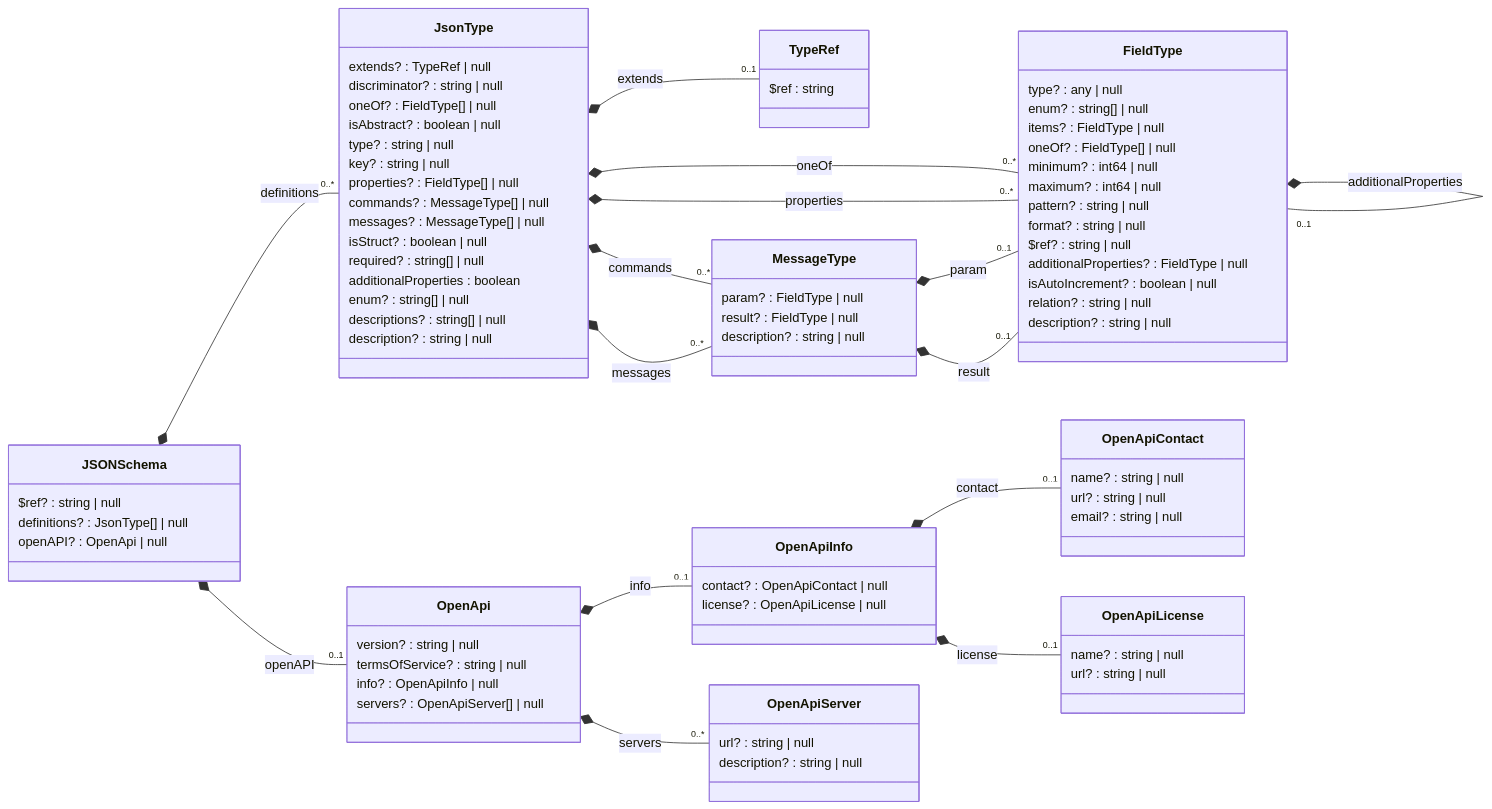
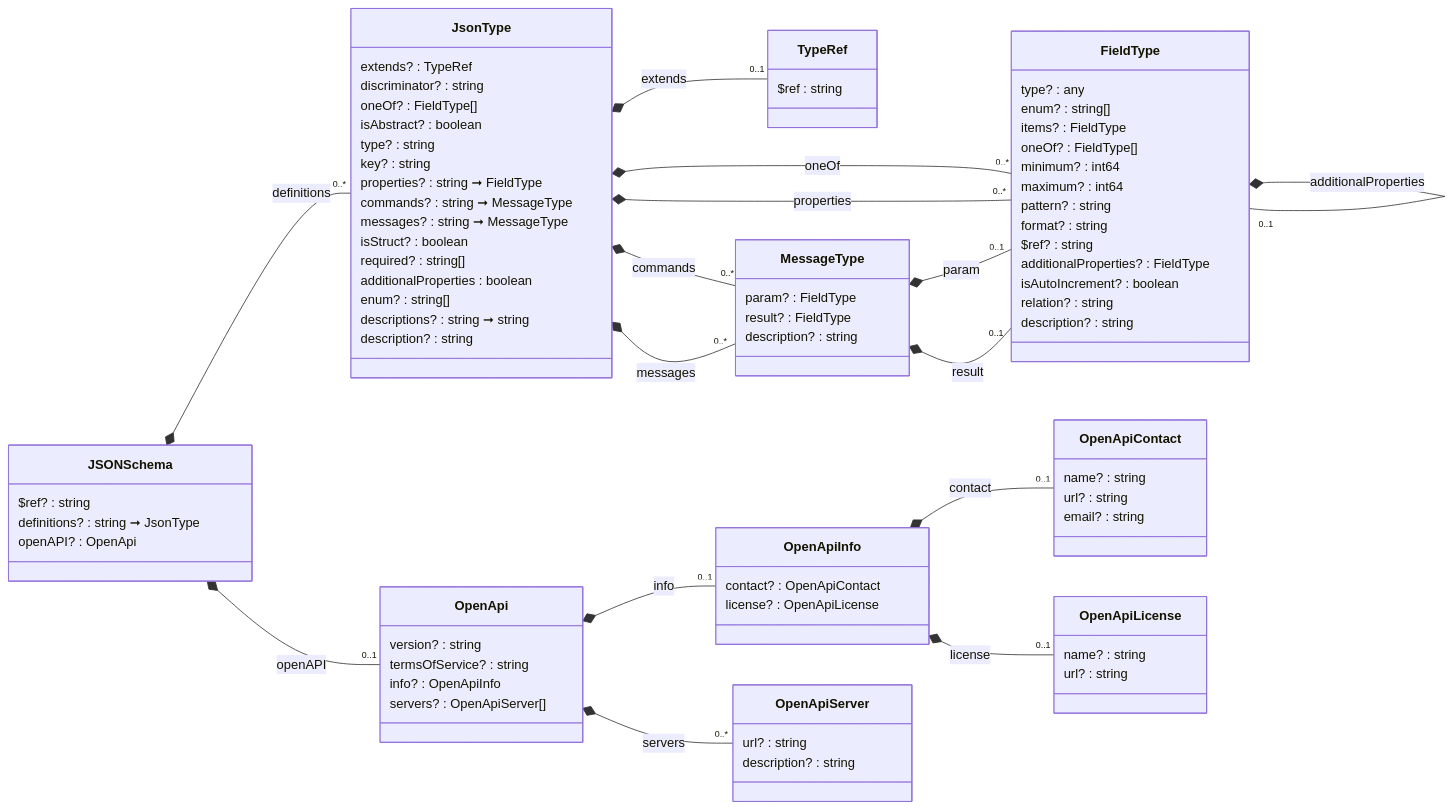
One commit to friflo/Friflo.Json.Fliox changed the diagram in Json.Tests/assets~/Schema/Markdown/JSONSchema/class-diagram.md. Above: the diagram before and after it, drawn with Mermaid. The commit also changed 8 other files, not shown here.

Commit message:
Schema/Language/Mermaid - change format of maps (Dictionaries) and optional fields

```diff
--- a/Json.Tests/assets~/Schema/Markdown/JSONSchema/class-diagram.md
+++ b/Json.Tests/assets~/Schema/Markdown/JSONSchema/class-diagram.md
@@ -3,29 +3,29 @@
 direction LR
 
 class JSONSchema {
-    $ref?        : string | null
-    definitions? : JsonType[] | null
-    openAPI?     : OpenApi | null
+    $ref?        : string
+    definitions? : string ➞ JsonType
+    openAPI?     : OpenApi
 }
 JSONSchema *-- "0..*" JsonType : definitions
 JSONSchema *-- "0..1" OpenApi : openAPI
 
 class JsonType {
-    extends?              : TypeRef | null
-    discriminator?        : string | null
-    oneOf?                : FieldType[] | null
-    isAbstract?           : boolean | null
-    type?                 : string | null
-    key?                  : string | null
-    properties?           : FieldType[] | null
-    commands?             : MessageType[] | null
-    messages?             : MessageType[] | null
-    isStruct?             : boolean | null
-    required?             : string[] | null
+    extends?              : TypeRef
+    discriminator?        : string
+    oneOf?                : FieldType[]
+    isAbstract?           : boolean
+    type?                 : string
+    key?                  : string
+    properties?           : string ➞ FieldType
+    commands?             : string ➞ MessageType
+    messages?             : string ➞ MessageType
+    isStruct?             : boolean
+    required?             : string[]
     additionalProperties  : boolean
-    enum?                 : string[] | null
-    descriptions?         : string[] | null
-    description?          : string | null
+    enum?                 : string[]
+    descriptions?         : string ➞ string
+    description?          : string
 }
 JsonType *-- "0..1" TypeRef : extends
 JsonType *-- "0..*" FieldType : oneOf
@@ -38,62 +38,62 @@
 }
 
 class FieldType {
-    type?                 : any | null
-    enum?                 : string[] | null
-    items?                : FieldType | null
-    oneOf?                : FieldType[] | null
-    minimum?              : int64 | null
-    maximum?              : int64 | null
-    pattern?              : string | null
-    format?               : string | null
-    $ref?                 : string | null
-    additionalProperties? : FieldType | null
-    isAutoIncrement?      : boolean | null
-    relation?             : string | null
-    description?          : string | null
+    type?                 : any
+    enum?                 : string[]
+    items?                : FieldType
+    oneOf?                : FieldType[]
+    minimum?              : int64
+    maximum?              : int64
+    pattern?              : string
+    format?               : string
+    $ref?                 : string
+    additionalProperties? : FieldType
+    isAutoIncrement?      : boolean
+    relation?             : string
+    description?          : string
 }
 FieldType *-- "0..1" FieldType : items
 FieldType *-- "0..*" FieldType : oneOf
 FieldType *-- "0..1" FieldType : additionalProperties
 
 class MessageType {
-    param?       : FieldType | null
-    result?      : FieldType | null
-    description? : string | null
+    param?       : FieldType
+    result?      : FieldType
+    description? : string
 }
 MessageType *-- "0..1" FieldType : param
 MessageType *-- "0..1" FieldType : result
 
 class OpenApi {
-    version?        : string | null
-    termsOfService? : string | null
-    info?           : OpenApiInfo | null
-    servers?        : OpenApiServer[] | null
+    version?        : string
+    termsOfService? : string
+    info?           : OpenApiInfo
+    servers?        : OpenApiServer[]
 }
 OpenApi *-- "0..1" OpenApiInfo : info
 OpenApi *-- "0..*" OpenApiServer : servers
 
 class OpenApiInfo {
-    contact? : OpenApiContact | null
-    license? : OpenApiLicense | null
+    contact? : OpenApiContact
+    license? : OpenApiLicense
 }
 OpenApiInfo *-- "0..1" OpenApiContact : contact
 OpenApiInfo *-- "0..1" OpenApiLicense : license
 
 class OpenApiContact {
-    name?  : string | null
-    url?   : string | null
-    email? : string | null
+    name?  : string
+    url?   : string
+    email? : string
 }
 
 class OpenApiLicense {
-    name? : string | null
-    url?  : string | null
+    name? : string
+    url?  : string
 }
 
 class OpenApiServer {
-    url?         : string | null
-    description? : string | null
+    url?         : string
+    description? : string
 }
 
 
```
